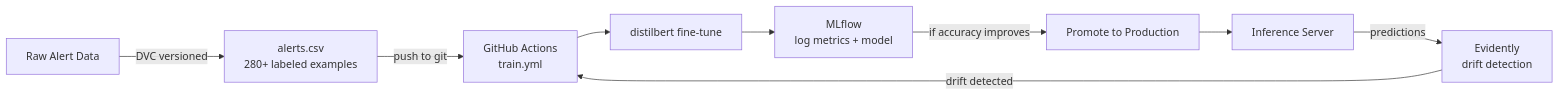
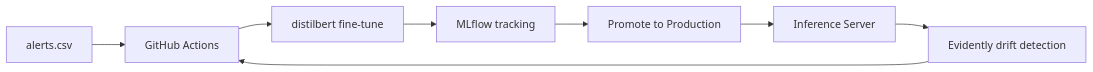
Before and after one commit to nourdz5/sre-ai-copilot: the second of 2 diagrams in README.md, drawn with Mermaid. The commit also changed other lines of this file, not shown here.

````diff
--- a/README.md
+++ b/README.md
@@ -70,11 +81,10 @@
 ```mermaid
 flowchart LR
-    A[Raw Alert Data] -->|DVC versioned| B[alerts.csv\n280+ labeled examples]
-    B -->|push to git| C[GitHub Actions\ntrain.yml]
-    C --> D[distilbert fine-tune]
-    D --> E[MLflow\nlog metrics + model]
-    E -->|if accuracy improves| F[Promote to Production]
-    F --> G[Inference Server]
-    G -->|predictions| H[Evidently\ndrift detection]
-    H -->|drift detected| C
+    A[alerts.csv] --> B[GitHub Actions]
+    B --> C[distilbert fine-tune]
+    C --> D[MLflow tracking]
+    D --> E[Promote to Production]
+    E --> F[Inference Server]
+    F --> G[Evidently drift detection]
+    G --> B
 ```
````
